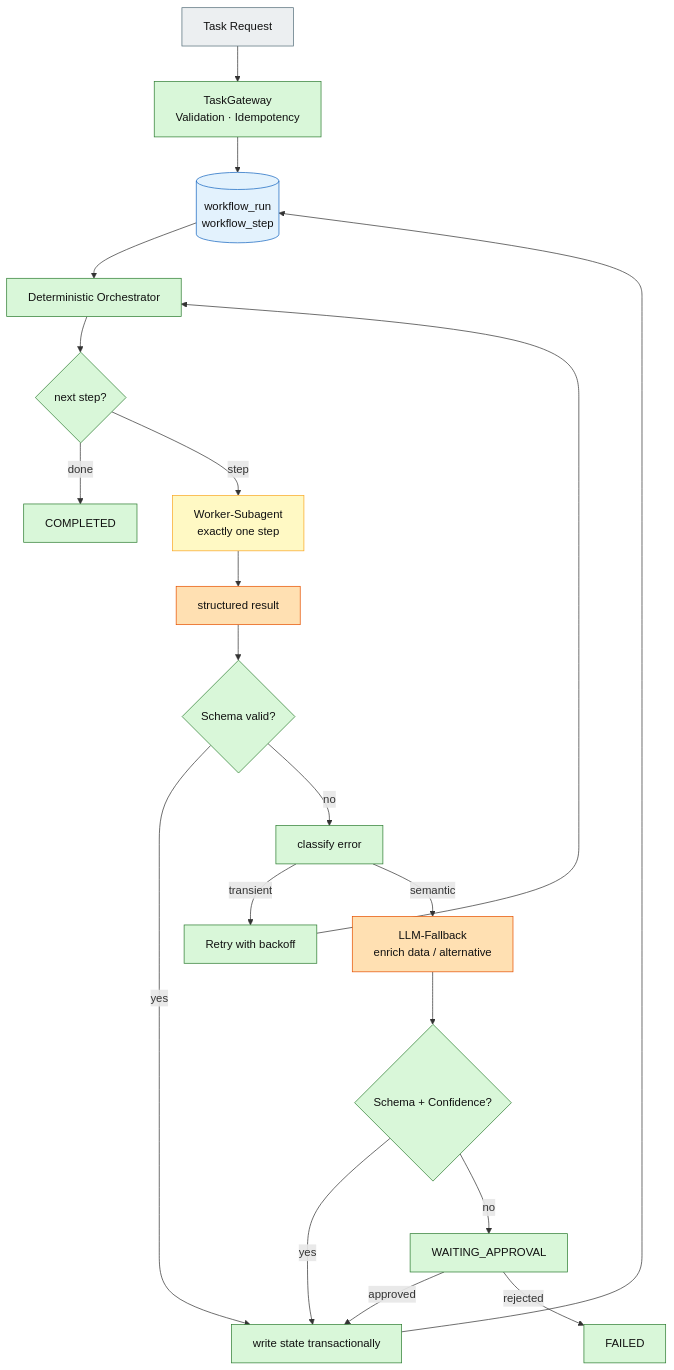
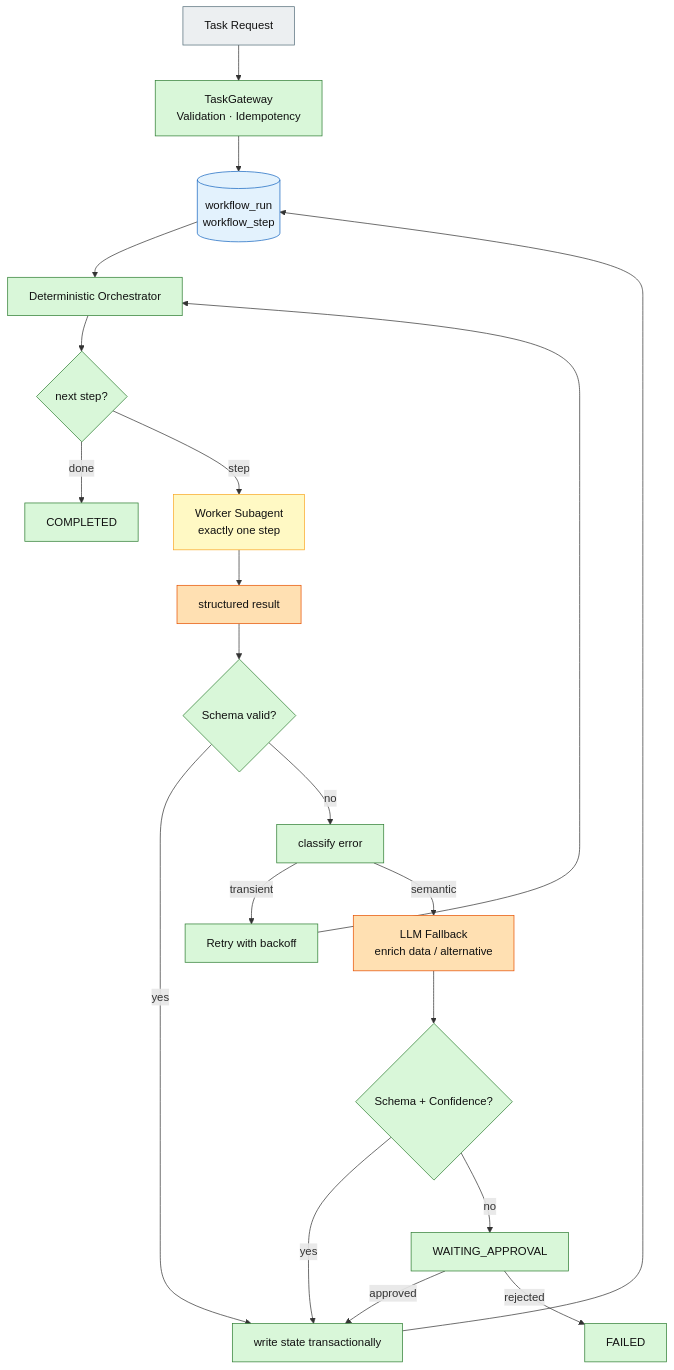
Before and after one commit to augmentia-de/QOC: the fourth of 5 diagrams in docs/diagrams/08-agent-orchestrator.md, drawn with Mermaid. The commit also changed other lines of this file and 111 other files, not shown here.

````diff
--- a/docs/diagrams/08-agent-orchestrator.md
+++ b/docs/diagrams/08-agent-orchestrator.md
@@ -128,28 +128,28 @@
 ```mermaid
 flowchart TD
   Req["Task Request"]:::ext --> Gateway["TaskGateway<br/>Validation · Idempotency"]:::det
   Gateway --> Db[("workflow_run<br/>workflow_step")]:::store
   Db --> Orch["Deterministic Orchestrator"]:::det
   Orch --> Next{"next step?"}:::det
   Next -->|"done"| Done["COMPLETED"]:::det
-  Next -->|"step"| Worker["Worker-Subagent<br/>exactly one step"]:::mixed
+  Next -->|"step"| Worker["Worker Subagent<br/>exactly one step"]:::mixed
   Worker --> Result["structured result"]:::llm
   Result --> Validate{"Schema valid?"}:::det
   Validate -->|"yes"| Tx["write state transactionally"]:::det
   Tx --> Db
   Validate -->|"no"| Classify["classify error"]:::det
   Classify -->|"transient"| Retry["Retry with backoff"]:::det
   Retry --> Orch
-  Classify -->|"semantic"| Fallback["LLM-Fallback<br/>enrich data / alternative"]:::llm
+  Classify -->|"semantic"| Fallback["LLM Fallback<br/>enrich data / alternative"]:::llm
   Fallback --> FValidate{"Schema + Confidence?"}:::det
   FValidate -->|"yes"| Tx
   FValidate -->|"no"| Approval["WAITING_APPROVAL"]:::det
   Approval -->|"approved"| Tx
   Approval -->|"rejected"| Failed["FAILED"]:::det
 
   classDef det fill:#d9f7d9,stroke:#2e7d32,stroke-width:1px,color:#111;
   classDef llm fill:#ffe0b2,stroke:#e65100,stroke-width:1px,color:#111;
   classDef mixed fill:#fff9c4,stroke:#f9a825,stroke-width:1px,color:#111;
   classDef ext fill:#eceff1,stroke:#546e7a,stroke-width:1px,color:#111;
   classDef store fill:#e3f2fd,stroke:#1565c0,stroke-width:1px,color:#111;
 ```
````
